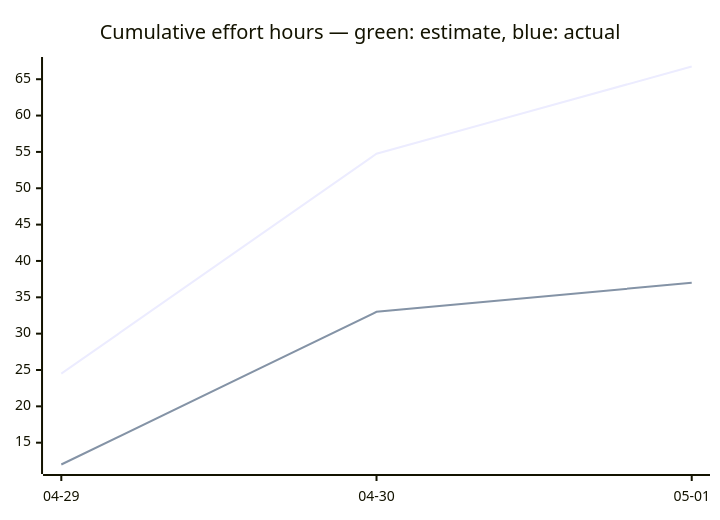
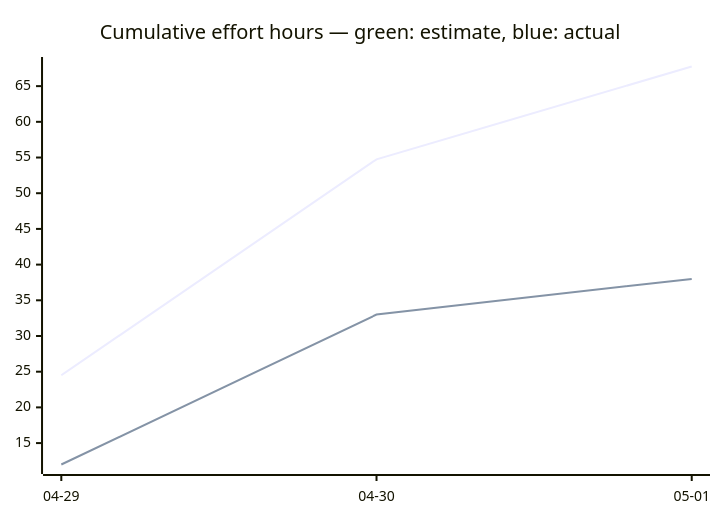
Before and after one commit to tgd1975/AwesomeStudioPedal: the third of 3 diagrams in docs/developers/tasks/OVERVIEW.md, drawn with Mermaid. The commit also changed other lines of this file and 3 other files, not shown here.

````diff
--- a/docs/developers/tasks/OVERVIEW.md
+++ b/docs/developers/tasks/OVERVIEW.md
@@ -40,7 +40,7 @@
 ```mermaid
 xychart-beta
     title "Cumulative effort hours — green: estimate, blue: actual"
     x-axis ["04-29", "04-30", "05-01"]
-    line [24.5, 54.75, 66.75]
-    line [12, 33, 37]
+    line [24.5, 54.75, 67.75]
+    line [12, 33, 38]
 ```
````
